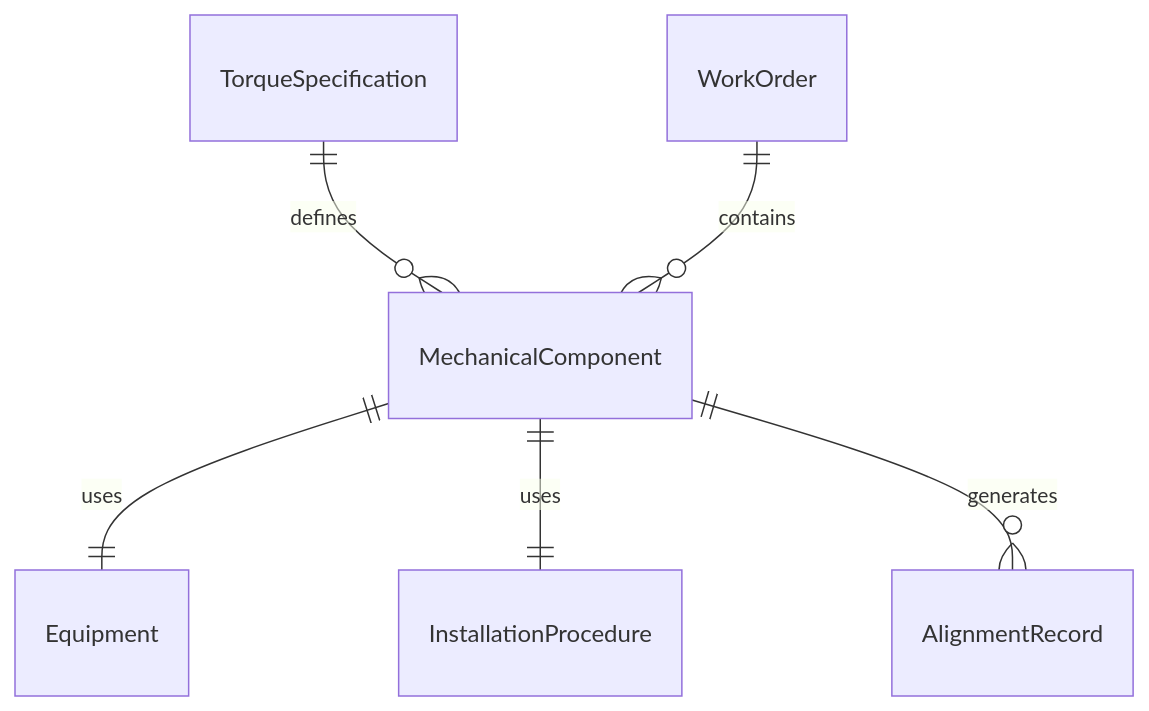
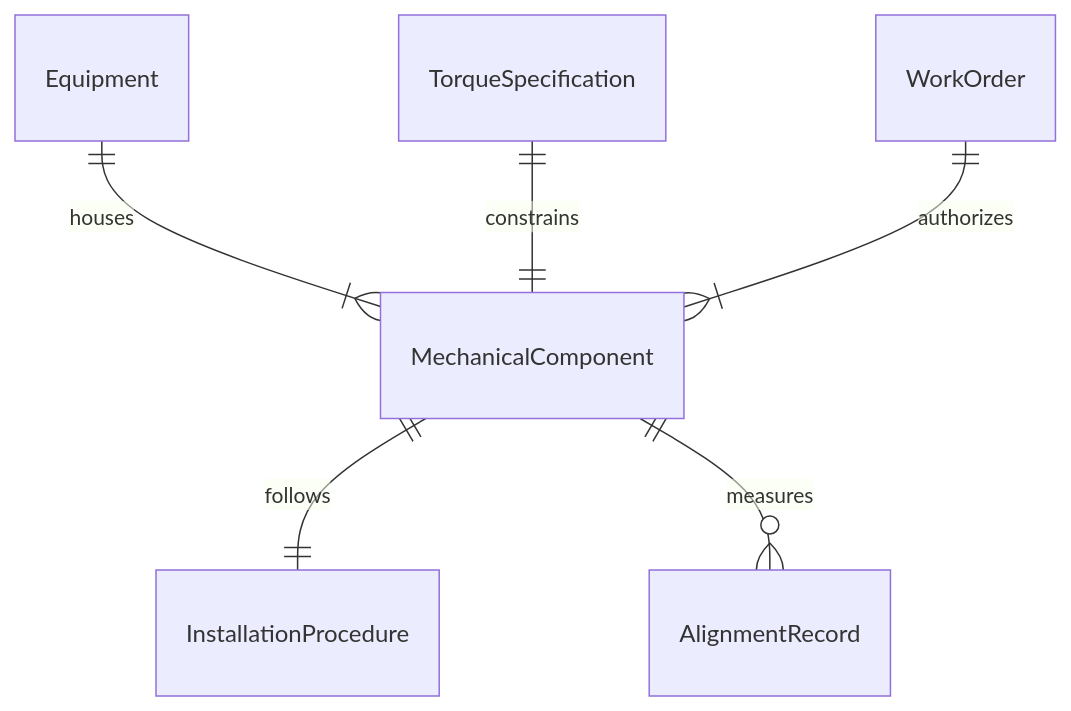
One commit to dot-org-ai/tasks.org.ai changed the first of 4 diagrams in HandlingAndMovingObjects/SetUpEquipment/InstallMechanicalComponentsProductionEquipment.mdx. Above: the diagram before and after it, drawn with Mermaid. The commit also changed other lines of this file and 515 other files, not shown here.

````diff
--- a/HandlingAndMovingObjects/SetUpEquipment/InstallMechanicalComponentsProductionEquipment.mdx
+++ b/HandlingAndMovingObjects/SetUpEquipment/InstallMechanicalComponentsProductionEquipment.mdx
@@ -87,8 +87,8 @@
 ```mermaid
 erDiagram
-    MechanicalComponent ||--|| Equipment : "uses"
-    MechanicalComponent ||--|| InstallationProcedure : "uses"
-    TorqueSpecification ||--o{ MechanicalComponent : "defines"
-    MechanicalComponent ||--o{ AlignmentRecord : "generates"
-    WorkOrder ||--o{ MechanicalComponent : "contains"
+    Equipment ||--|{ MechanicalComponent : "houses"
+    MechanicalComponent ||--|| InstallationProcedure : "follows"
+    TorqueSpecification ||--|| MechanicalComponent : "constrains"
+    MechanicalComponent ||--o{ AlignmentRecord : "measures"
+    WorkOrder ||--|{ MechanicalComponent : "authorizes"
 ```
````
